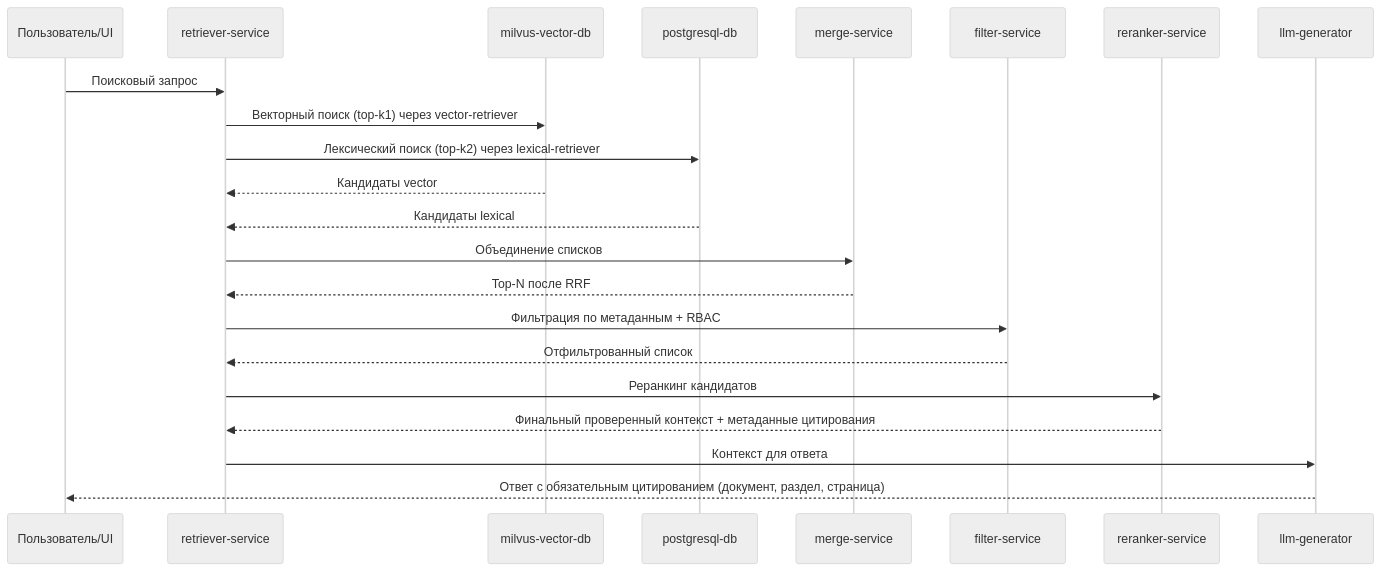
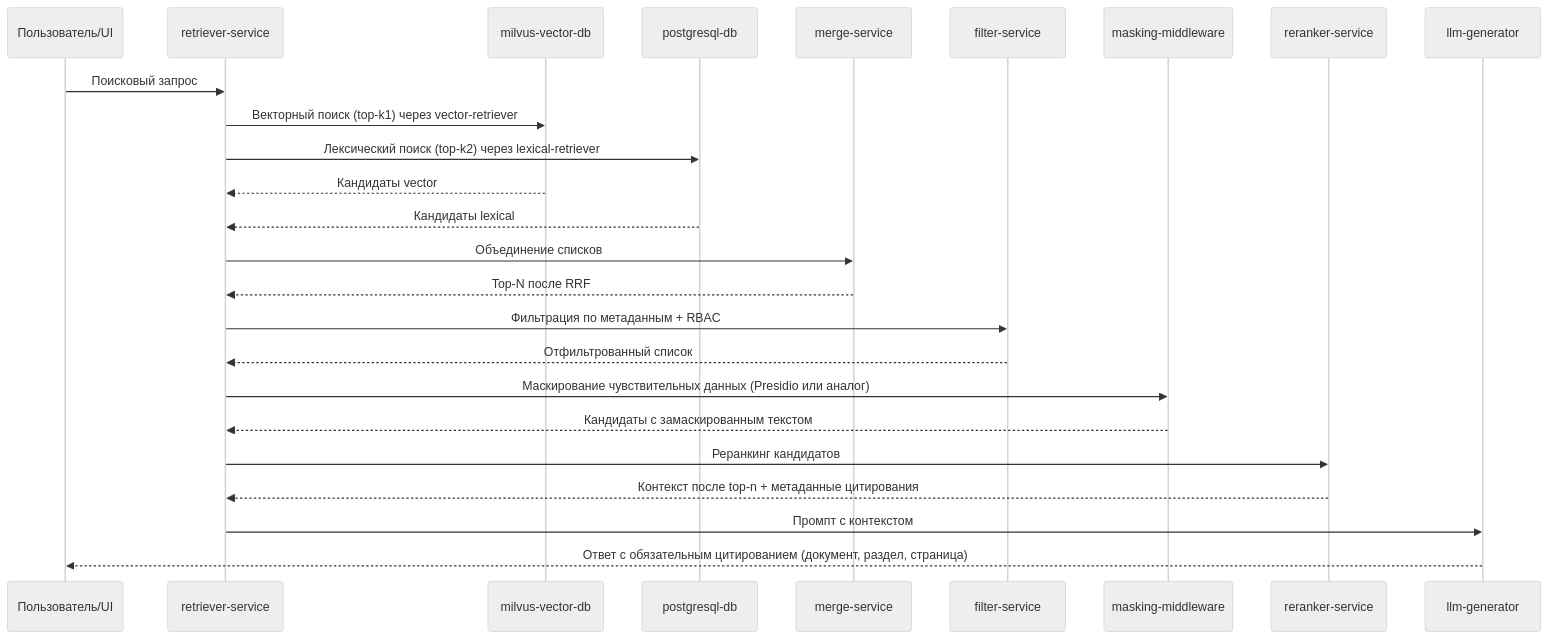
One commit to Trump68/infra changed the third of 3 diagrams in TZ/1_4_subsystem_AI.md. Above: the diagram before and after it, drawn with Mermaid (neutral theme). The commit also changed other lines of this file and 3 other files, not shown here.

````diff
--- a/TZ/1_4_subsystem_AI.md
+++ b/TZ/1_4_subsystem_AI.md
@@ -207,25 +216,28 @@
 ```mermaid
 sequenceDiagram
   participant U as Пользователь/UI
   participant R as retriever-service
   participant V as milvus-vector-db
   participant P as postgresql-db
   participant M as merge-service
   participant F as filter-service
+  participant Mask as masking-middleware
   participant RR as reranker-service
   participant G as llm-generator
 
   U->>R: Поисковый запрос
   R->>V: Векторный поиск (top-k1) через vector-retriever
   R->>P: Лексический поиск (top-k2) через lexical-retriever
   V-->>R: Кандидаты vector
   P-->>R: Кандидаты lexical
   R->>M: Объединение списков
   M-->>R: Top-N после RRF
   R->>F: Фильтрация по метаданным + RBAC
   F-->>R: Отфильтрованный список
+  R->>Mask: Маскирование чувствительных данных (Presidio или аналог)
+  Mask-->>R: Кандидаты с замаскированным текстом
   R->>RR: Реранкинг кандидатов
-  RR-->>R: Финальный проверенный контекст + метаданные цитирования
-  R->>G: Контекст для ответа
+  RR-->>R: Контекст после top-n + метаданные цитирования
+  R->>G: Промпт с контекстом
   G-->>U: Ответ с обязательным цитированием (документ, раздел, страница)
 ```
````
